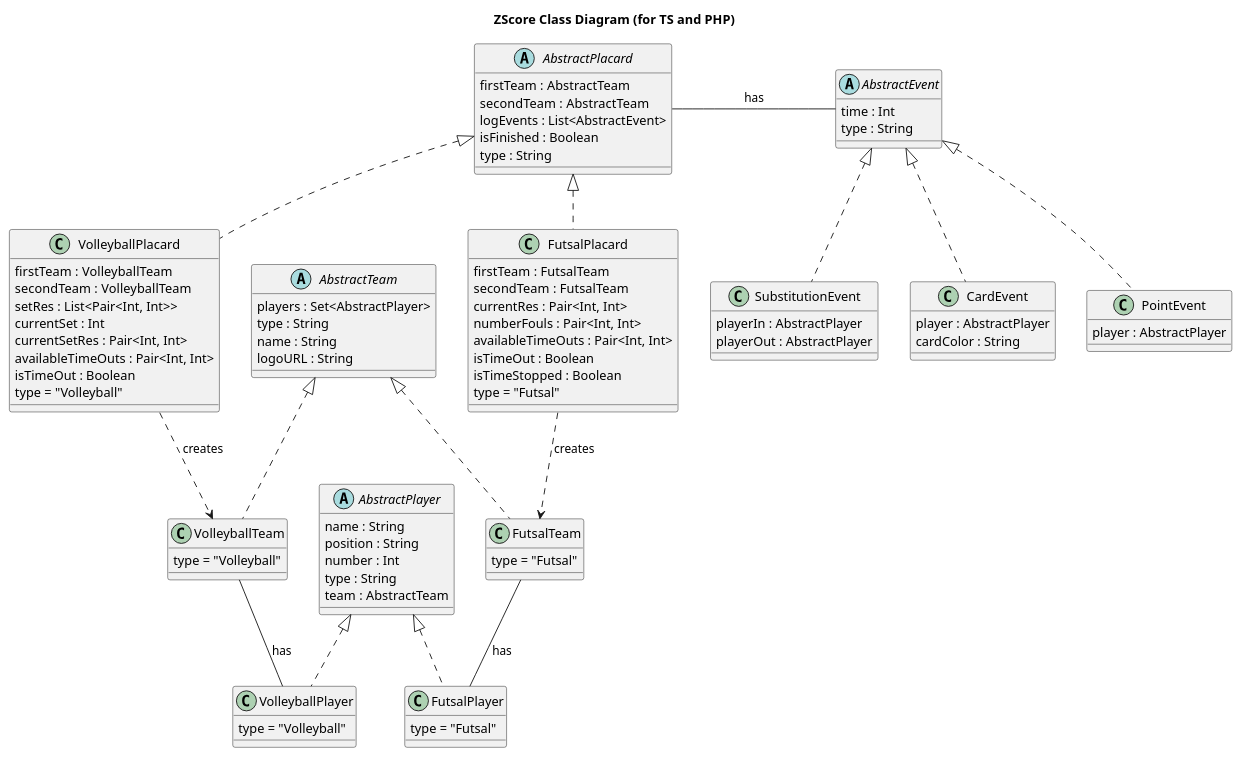
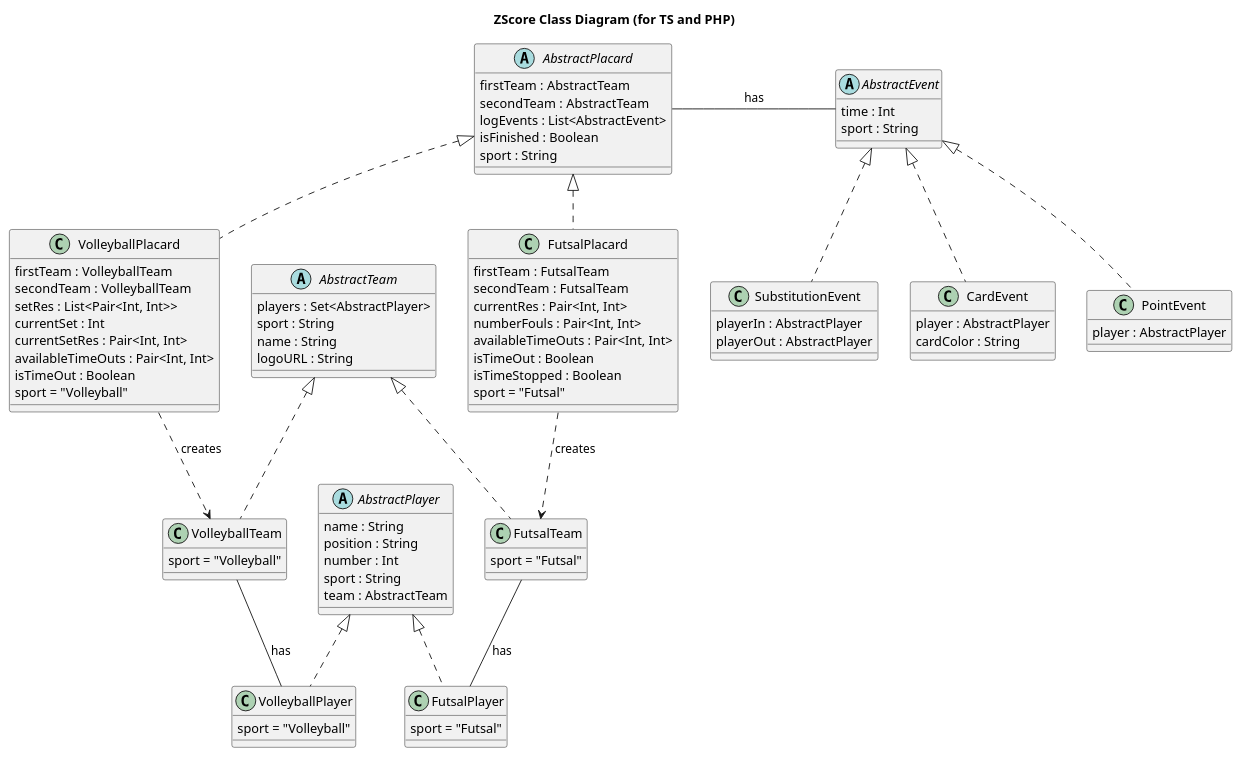
The diagram in docs/Classes_and_Tables/class_diagram.puml (limapedro12/LGP_ZScore_ZeroZero), drawn with PlantUML before and after one commit. The commit also changed 13 other files, not shown here.

Commit message:
Change type to sport and change type of time to TIME

```diff
--- a/docs/Classes_and_Tables/class_diagram.puml
+++ b/docs/Classes_and_Tables/class_diagram.puml
@@ -1,102 +1,102 @@
 @startuml
 title ZScore Class Diagram (for TS and PHP)
 
 abstract AbstractPlacard {
     firstTeam : AbstractTeam
     secondTeam : AbstractTeam
     logEvents : List<AbstractEvent>
     isFinished : Boolean
-    type : String
+    sport : String
 }
 
 class VolleyballPlacard {
     firstTeam : VolleyballTeam
     secondTeam : VolleyballTeam
     setRes : List<Pair<Int, Int>>
     currentSet : Int
     currentSetRes : Pair<Int, Int>
     availableTimeOuts : Pair<Int, Int>
     isTimeOut : Boolean
-    type = "Volleyball"
+    sport = "Volleyball"
 }
 class FutsalPlacard {
     firstTeam : FutsalTeam
     secondTeam : FutsalTeam
     currentRes : Pair<Int, Int>
     numberFouls : Pair<Int, Int>
     availableTimeOuts : Pair<Int, Int>
     isTimeOut : Boolean
     isTimeStopped : Boolean
-    type = "Futsal"
+    sport = "Futsal"
 }
 
 abstract AbstractTeam {
     players : Set<AbstractPlayer>
-    type : String
+    sport : String
     name : String
     logoURL : String
 }
 
 class VolleyballTeam {
-    type = "Volleyball"
+    sport = "Volleyball"
 }
 class FutsalTeam {
-    type = "Futsal"
+    sport = "Futsal"
 }
 
 abstract AbstractPlayer {
     name : String
     position : String
     number : Int
-    type : String
+    sport : String
     team : AbstractTeam
 }
 
 class VolleyballPlayer {
-    type = "Volleyball"
+    sport = "Volleyball"
 }
 class FutsalPlayer {
-    type = "Futsal"
+    sport = "Futsal"
 }
 
 abstract AbstractEvent {
     time : Int
-    type : String
+    sport : String
 }
 
 class CardEvent {
     player : AbstractPlayer
     cardColor : String
 }
 
 class PointEvent {
     player : AbstractPlayer
 }
 
 class SubstitutionEvent {
     playerIn : AbstractPlayer
     playerOut : AbstractPlayer
 }
 
 AbstractPlacard <|.. VolleyballPlacard
 AbstractPlacard <|.. FutsalPlacard
 
 AbstractTeam <|.. VolleyballTeam
 AbstractTeam <|.. FutsalTeam
 
 AbstractPlayer <|.. VolleyballPlayer
 AbstractPlayer <|.. FutsalPlayer
 
 AbstractEvent <|.. CardEvent
 AbstractEvent <|.. PointEvent
 AbstractEvent <|.. SubstitutionEvent
 
 VolleyballPlacard ..> VolleyballTeam : "creates"
 FutsalPlacard ..> FutsalTeam : "creates"
 
 AbstractPlacard -right- AbstractEvent : "has"
 
 VolleyballTeam -- VolleyballPlayer : "has"
 FutsalTeam -- FutsalPlayer : "has"
 
 @enduml
```
